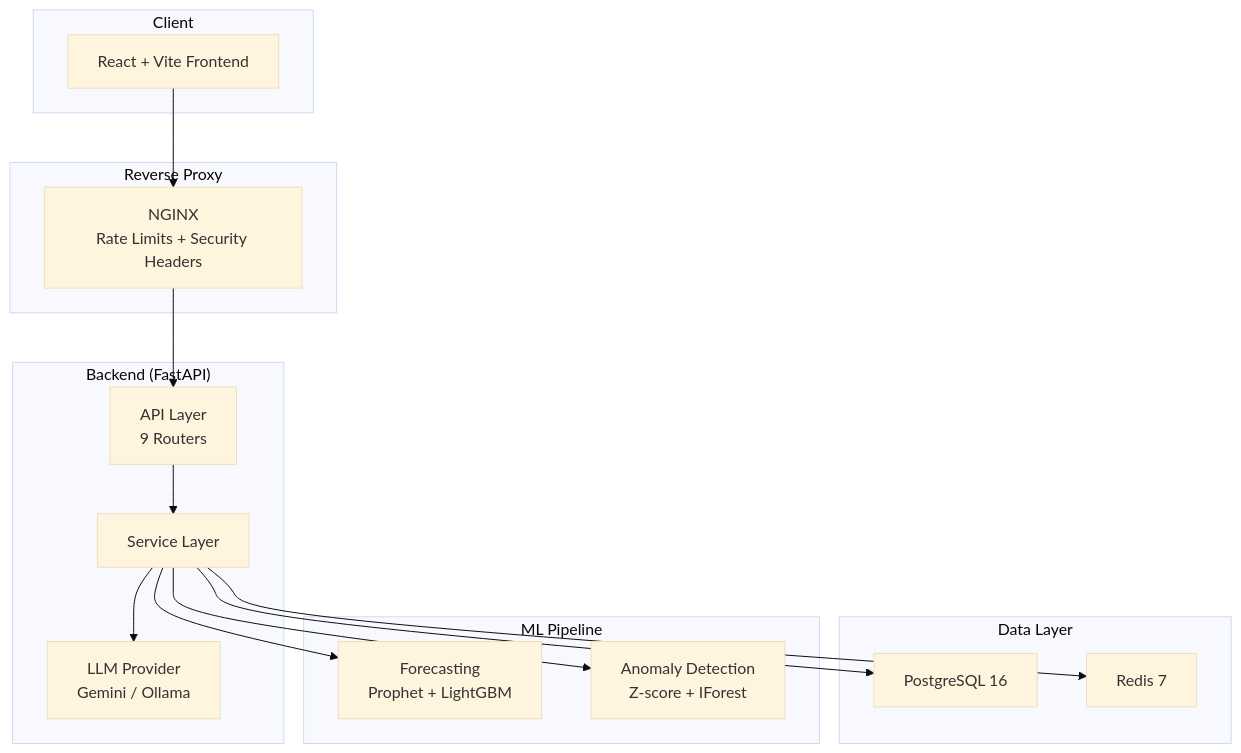
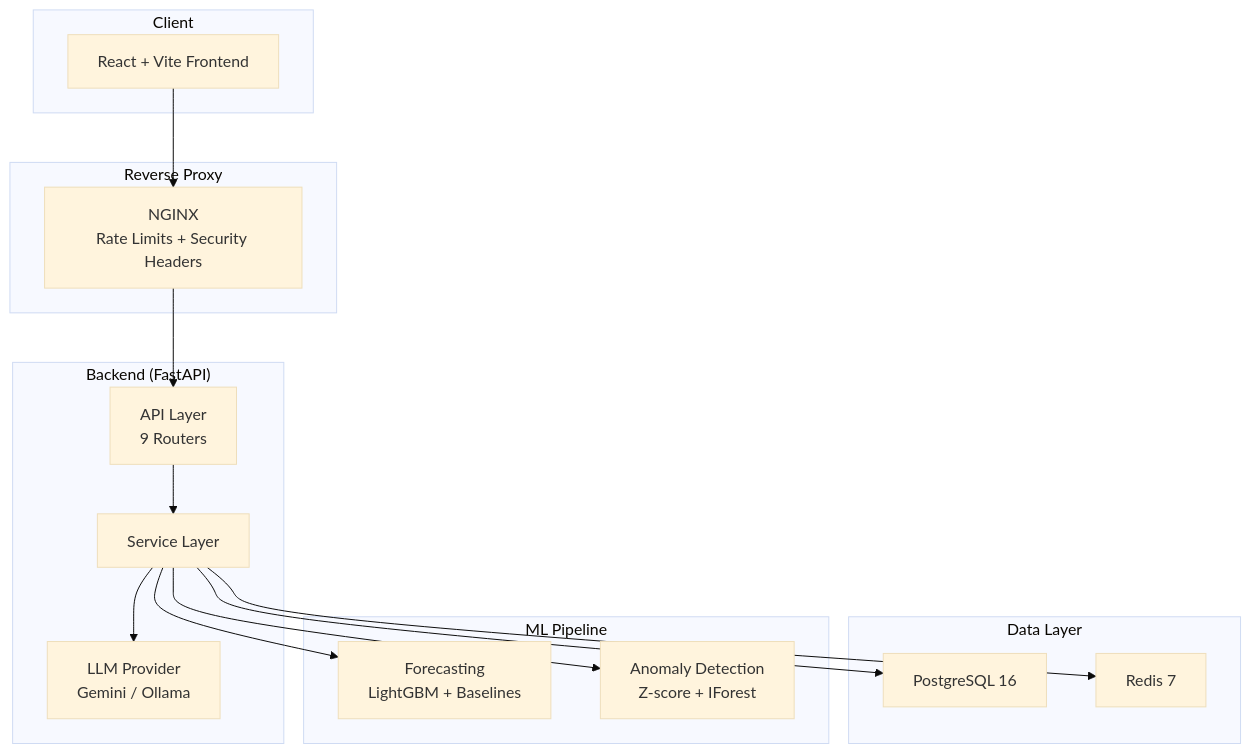
Before and after one commit to keshav954/QuantiText: the first of 4 diagrams in docs/architecture.md, drawn with Mermaid (base theme). The commit also changed 26 other files, not shown here.

````diff
--- a/docs/architecture.md
+++ b/docs/architecture.md
@@ -5,36 +5,36 @@
 ```mermaid
 graph TB
     subgraph Client
         UI["React + Vite Frontend"]
     end
 
     subgraph "Reverse Proxy"
         NGINX["NGINX<br/>Rate Limits + Security Headers"]
     end
 
     subgraph "Backend (FastAPI)"
         API["API Layer<br/>9 Routers"]
         SVC["Service Layer"]
         LLM["LLM Provider<br/>Gemini / Ollama"]
 
         API --> SVC
         SVC --> LLM
     end
 
     subgraph "Data Layer"
         PG["PostgreSQL 16"]
         RD["Redis 7"]
     end
 
     subgraph "ML Pipeline"
-        ML["Forecasting<br/>Prophet + LightGBM"]
+        ML["Forecasting<br/>LightGBM + Baselines"]
         AD["Anomaly Detection<br/>Z-score + IForest"]
     end
 
     UI --> NGINX
     NGINX --> API
     SVC --> PG
     SVC --> RD
     SVC --> ML
     SVC --> AD
 ```
````
